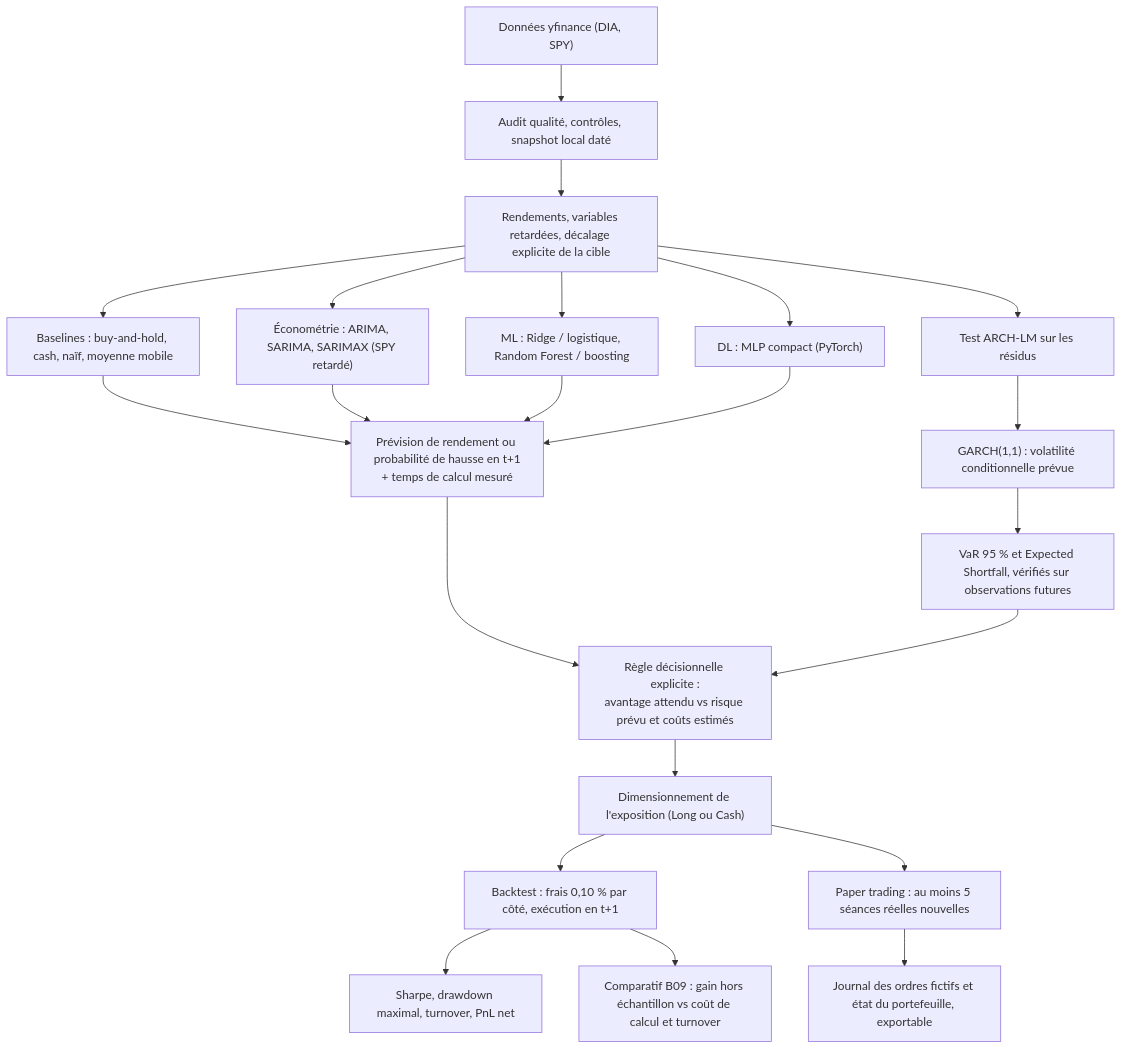
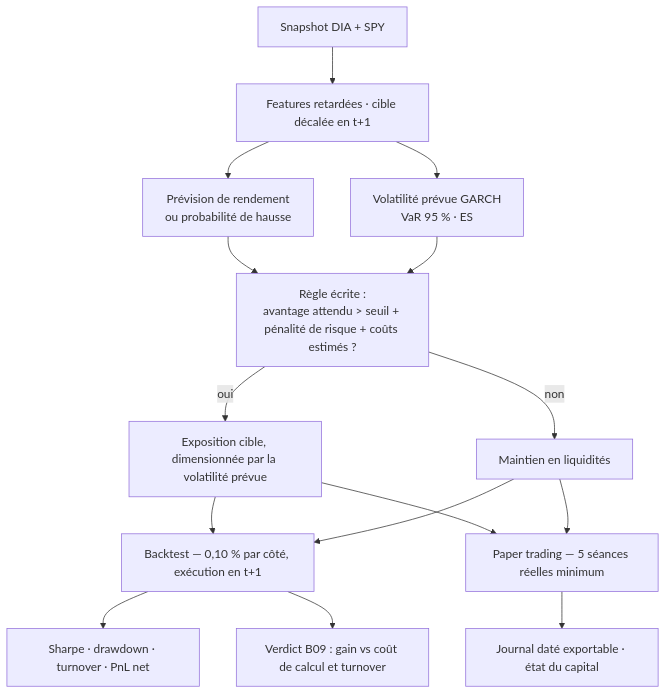
One commit to Zakaria12e/dia-quant-lab changed the second of 2 diagrams in README.md. Above: the diagram before and after it, drawn with Mermaid. The commit also changed other lines of this file, not shown here.

````diff
--- a/README.md
+++ b/README.md
@@ -102,25 +129,17 @@
 ```mermaid
 flowchart TD
-    A1["Données yfinance (DIA, SPY)"] --> A2["Audit qualité, contrôles, snapshot local daté"]
-    A2 --> A3["Rendements, variables retardées, décalage explicite de la cible"]
-
-    A3 --> B1["Baselines : buy-and-hold, cash, naïf, moyenne mobile"]
-    A3 --> B2["Économétrie : ARIMA, SARIMA, SARIMAX (SPY retardé)"]
-    A3 --> B3["ML : Ridge / logistique, Random Forest / boosting"]
-    A3 --> B4["DL : MLP compact (PyTorch)"]
-    B1 & B2 & B3 & B4 --> B5["Prévision de rendement ou probabilité de hausse en t+1<br/>+ temps de calcul mesuré"]
-
-    A3 --> C1["Test ARCH-LM sur les résidus"]
-    C1 --> C2["GARCH(1,1) : volatilité conditionnelle prévue"]
-    C2 --> C3["VaR 95 % et Expected Shortfall, vérifiés sur observations futures"]
-
-    B5 & C3 --> D1["Règle décisionnelle explicite :<br/>avantage attendu vs risque prévu et coûts estimés"]
-    D1 --> D2["Dimensionnement de l'exposition (Long ou Cash)"]
-
-    D2 --> E1["Backtest : frais 0,10 % par côté, exécution en t+1"]
-    E1 --> E2["Sharpe, drawdown maximal, turnover, PnL net"]
-    E1 --> E3["Comparatif B09 : gain hors échantillon vs coût de calcul et turnover"]
-
-    D2 --> F1["Paper trading : au moins 5 séances réelles nouvelles"]
-    F1 --> F2["Journal des ordres fictifs et état du portefeuille, exportable"]
+    A["Snapshot DIA + SPY"] --> B["Features retardées · cible décalée en t+1"]
+    B --> C1["Prévision de rendement<br/>ou probabilité de hausse"]
+    B --> C2["Volatilité prévue GARCH<br/>VaR 95 % · ES"]
+    C1 --> D["Règle écrite :<br/>avantage attendu > seuil + pénalité de risque + coûts estimés ?"]
+    C2 --> D
+    D -->|oui| E["Exposition cible, dimensionnée par la volatilité prévue"]
+    D -->|non| F["Maintien en liquidités"]
+    E --> G["Backtest — 0,10 % par côté, exécution en t+1"]
+    F --> G
+    G --> H["Sharpe · drawdown · turnover · PnL net"]
+    G --> I["Verdict B09 : gain vs coût de calcul et turnover"]
+    E --> J["Paper trading — 5 séances réelles minimum"]
+    F --> J
+    J --> K["Journal daté exportable · état du capital"]
 ```
````
